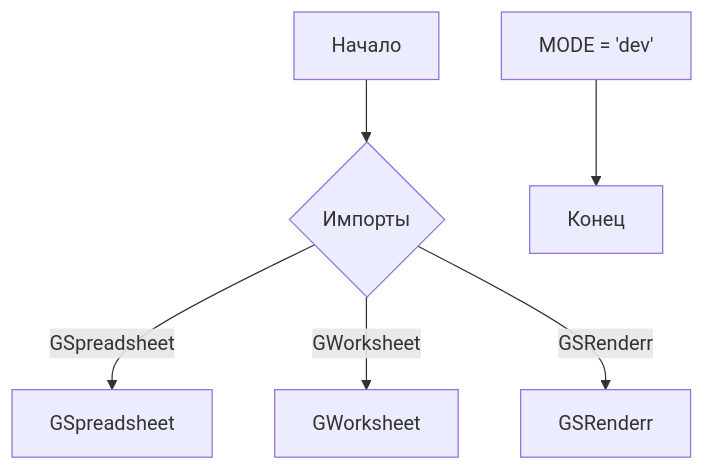
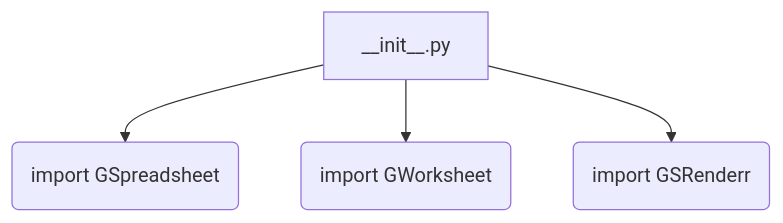
The first of 2 diagrams in docs/gemini/ru/explainer/src/goog/spreadsheet/bberyakov/__init__.md (hypo69/hypo), drawn with Mermaid before and after one commit. The commit also changed other lines of this file and 468 other files, not shown here.

````diff
--- a/docs/gemini/ru/explainer/src/goog/spreadsheet/bberyakov/__init__.md
+++ b/docs/gemini/ru/explainer/src/goog/spreadsheet/bberyakov/__init__.md
@@ -26,8 +31,6 @@
 ```mermaid
 graph TD
-    A[Начало] --> B{Импорты};
-    B -- GSpreadsheet --> C[GSpreadsheet];
-    B -- GWorksheet --> D[GWorksheet];
-    B -- GSRenderr --> E[GSRenderr];
-    F[MODE = 'dev'] --> G[Конец];
+    A[__init__.py] --> B(import GSpreadsheet);
+    A --> C(import GWorksheet);
+    A --> D(import GSRenderr);
 ```
````
